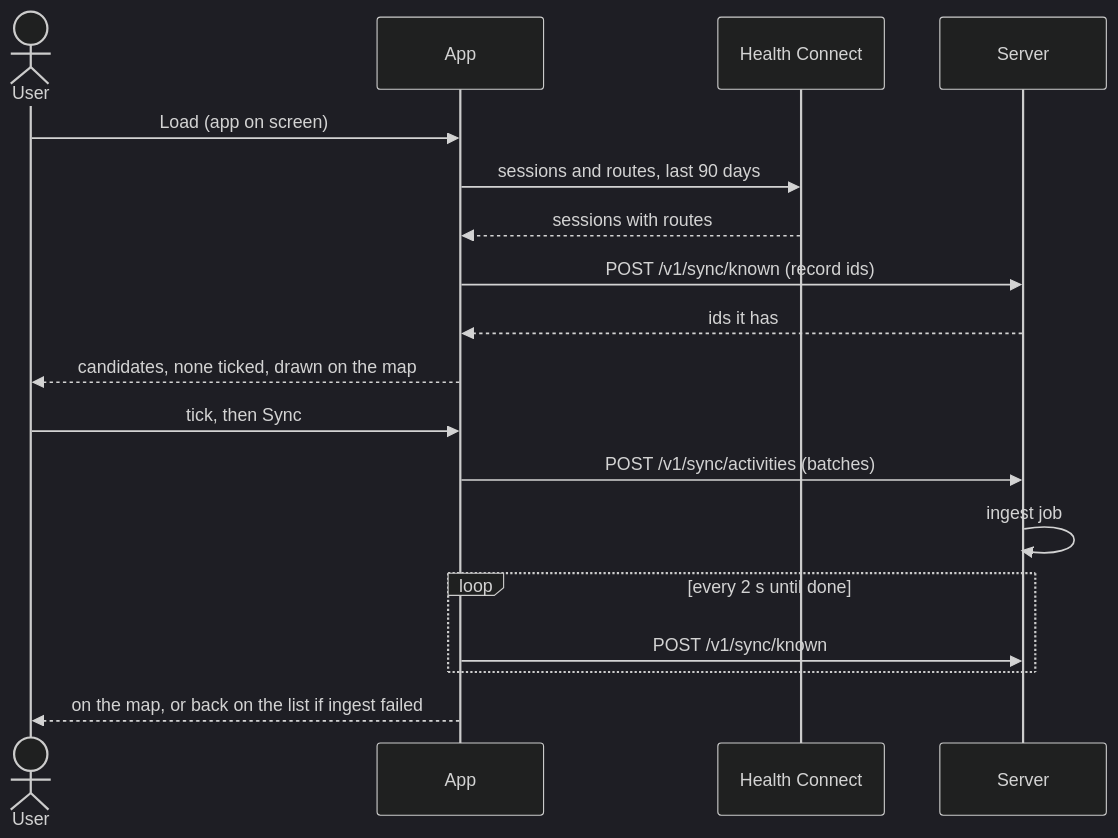
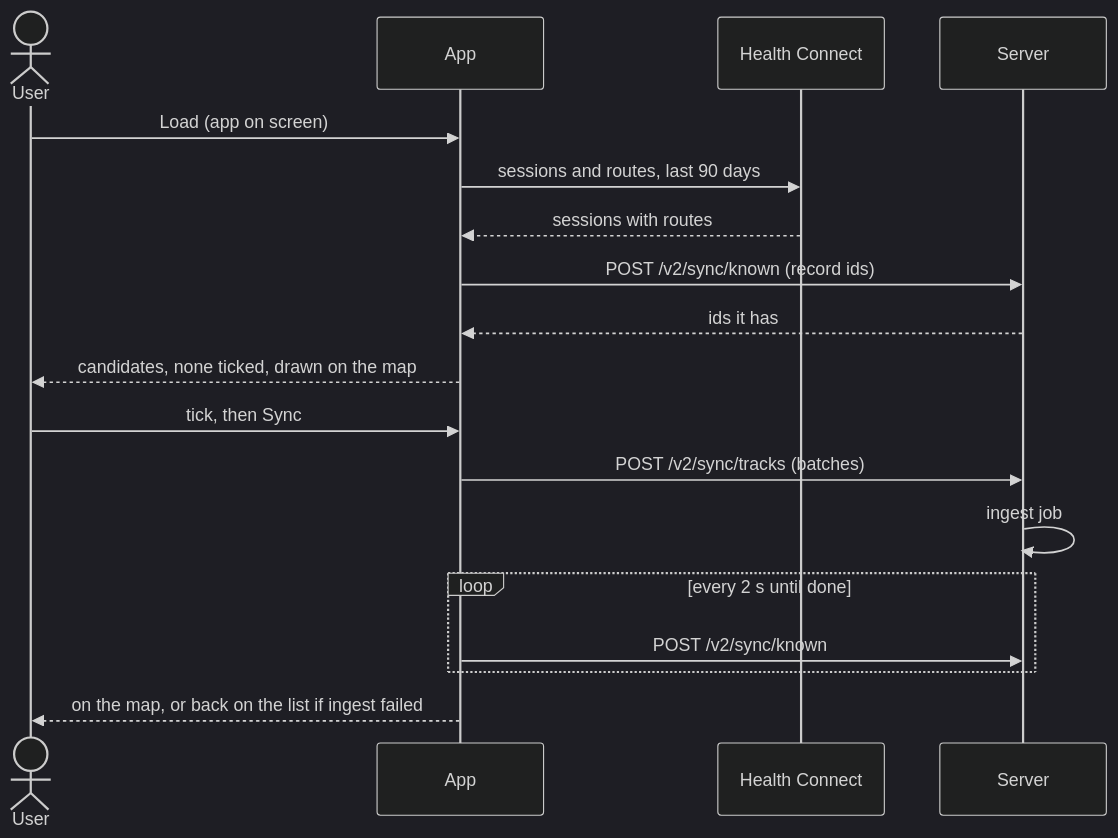
Before and after one commit to HoldMyTrack/platform: the first of 2 diagrams in apps/android/docs/SPEC.md, drawn with Mermaid (dark theme). The commit also changed other lines of this file and 66 other files, not shown here.

````diff
--- a/apps/android/docs/SPEC.md
+++ b/apps/android/docs/SPEC.md
@@ -223,20 +223,20 @@
 ```mermaid
 sequenceDiagram
     actor U as User
     participant A as App
     participant HC as Health Connect
     participant S as Server
     U->>A: Load (app on screen)
     A->>HC: sessions and routes, last 90 days
     HC-->>A: sessions with routes
-    A->>S: POST /v1/sync/known (record ids)
+    A->>S: POST /v2/sync/known (record ids)
     S-->>A: ids it has
     A-->>U: candidates, none ticked, drawn on the map
     U->>A: tick, then Sync
-    A->>S: POST /v1/sync/activities (batches)
+    A->>S: POST /v2/sync/tracks (batches)
     S->>S: ingest job
     loop every 2 s until done
-        A->>S: POST /v1/sync/known
+        A->>S: POST /v2/sync/known
     end
     A-->>U: on the map, or back on the list if ingest failed
 ```
````
